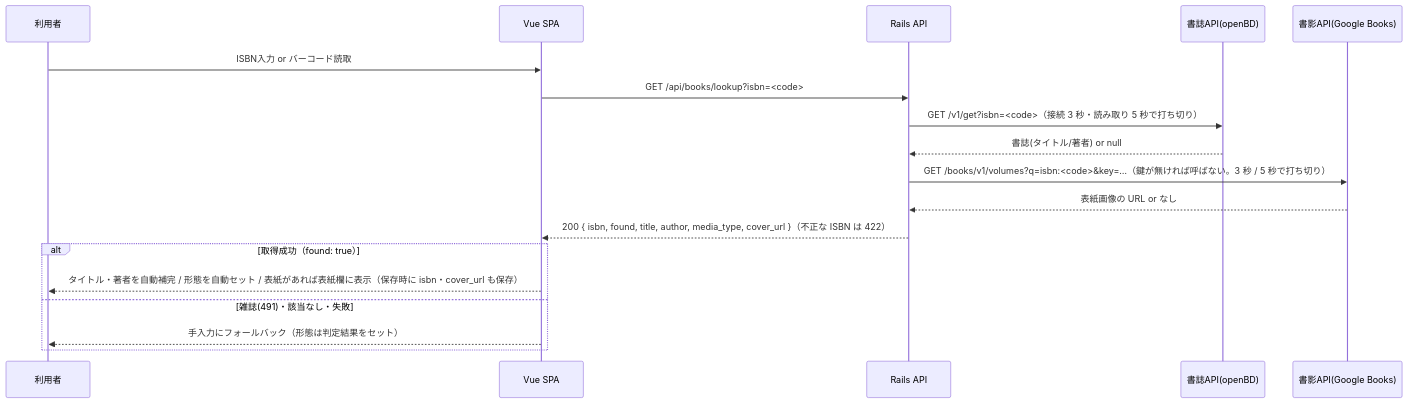
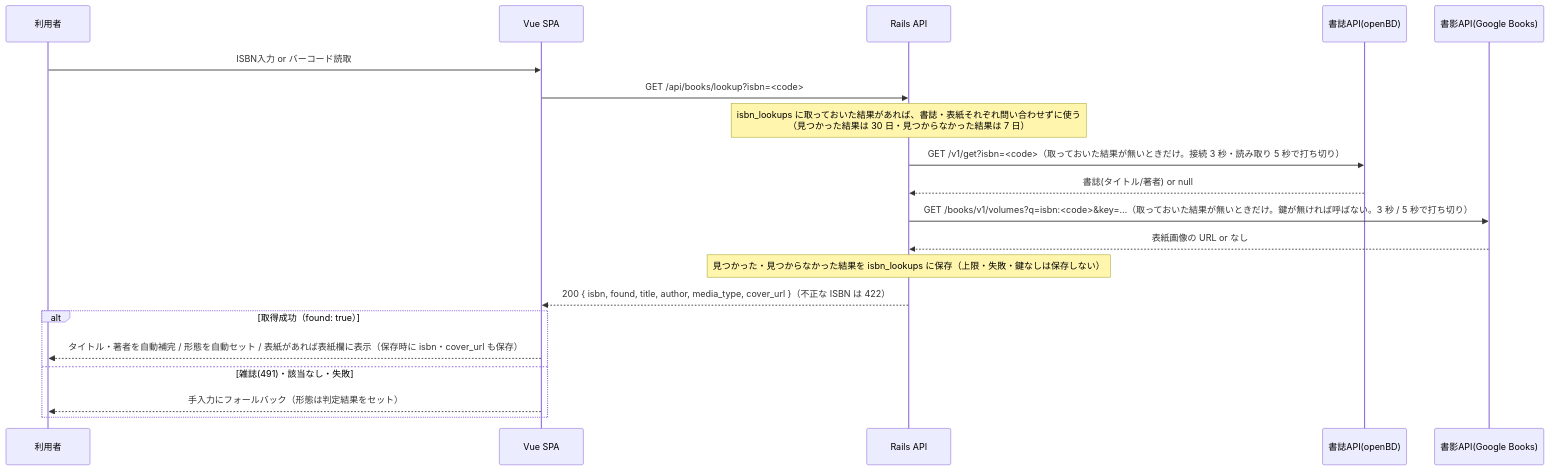
Before and after one commit to adamaru-code/reading-board: the seventh of 7 diagrams in docs/basic-design.md, drawn with Mermaid. The commit also changed other lines of this file and 6 other files, not shown here.

````diff
--- a/docs/basic-design.md
+++ b/docs/basic-design.md
@@ -261,20 +261,22 @@
 ```mermaid
 sequenceDiagram
     participant U as 利用者
     participant V as Vue SPA
     participant R as Rails API
     participant O as 書誌API(openBD)
     participant G as 書影API(Google Books)
     U->>V: ISBN入力 or バーコード読取
     V->>R: GET /api/books/lookup?isbn=<code>
-    R->>O: GET /v1/get?isbn=<code>（接続 3 秒・読み取り 5 秒で打ち切り）
+    Note over R: isbn_lookups に取っておいた結果があれば、書誌・表紙それぞれ問い合わせずに使う<br/>（見つかった結果は 30 日・見つからなかった結果は 7 日）
+    R->>O: GET /v1/get?isbn=<code>（取っておいた結果が無いときだけ。接続 3 秒・読み取り 5 秒で打ち切り）
     O-->>R: 書誌(タイトル/著者) or null
-    R->>G: GET /books/v1/volumes?q=isbn:<code>&key=…（鍵が無ければ呼ばない。3 秒 / 5 秒で打ち切り）
+    R->>G: GET /books/v1/volumes?q=isbn:<code>&key=…（取っておいた結果が無いときだけ。鍵が無ければ呼ばない。3 秒 / 5 秒で打ち切り）
     G-->>R: 表紙画像の URL or なし
+    Note over R: 見つかった・見つからなかった結果を isbn_lookups に保存（上限・失敗・鍵なしは保存しない）
     R-->>V: 200 { isbn, found, title, author, media_type, cover_url }（不正な ISBN は 422）
     alt 取得成功（found: true）
         V-->>U: タイトル・著者を自動補完 / 形態を自動セット / 表紙があれば表紙欄に表示（保存時に isbn・cover_url も保存）
     else 雑誌(491)・該当なし・失敗
         V-->>U: 手入力にフォールバック（形態は判定結果をセット）
     end
 ```
````
